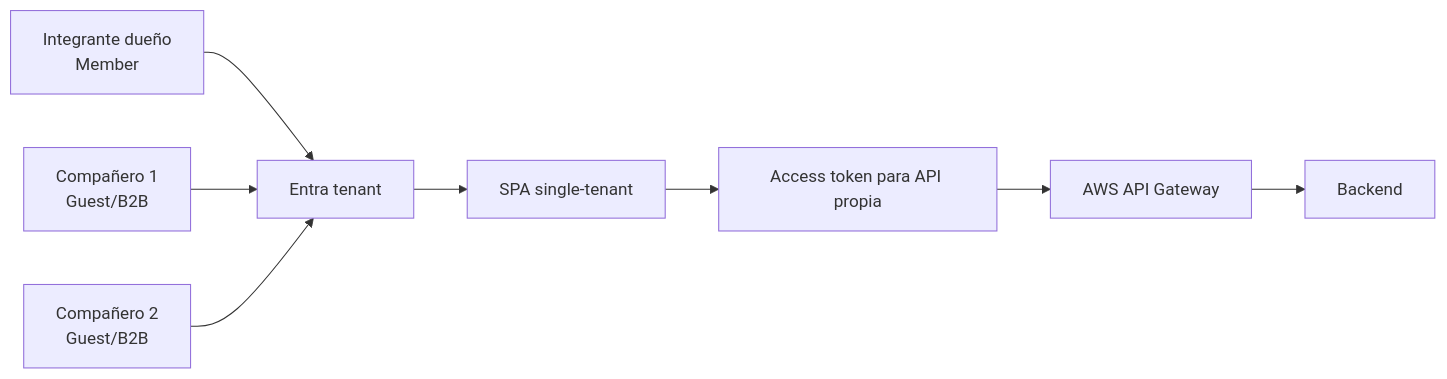
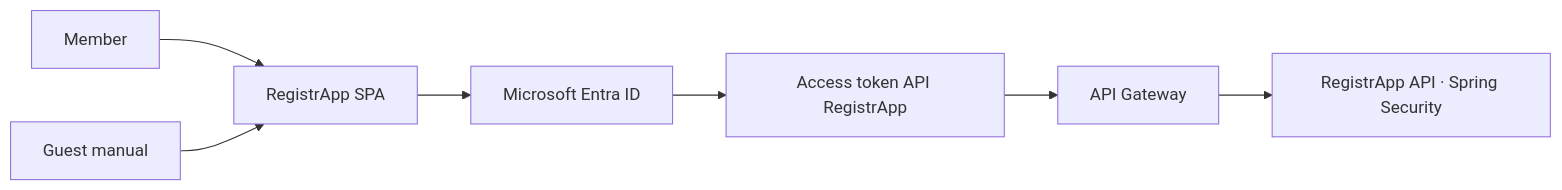
Before and after one commit to cmartinezs/DSY1107-DESARROLLO-CLOUD-NATIVE-I-2026-2: the second of 3 diagrams in proyecto-formativo/semana-04/README.md, drawn with Mermaid. The commit also changed other lines of this file, not shown here.

````diff
--- a/proyecto-formativo/semana-04/README.md
+++ b/proyecto-formativo/semana-04/README.md
@@ -24,10 +44,9 @@
 ```mermaid
 flowchart LR
-    OWNER[Integrante dueño\nMember] --> TENANT[Entra tenant]
-    G1[Compañero 1\nGuest/B2B] --> TENANT
-    G2[Compañero 2\nGuest/B2B] --> TENANT
-    TENANT --> SPA[SPA single-tenant]
-    SPA --> TOKEN[Access token para API propia]
-    TOKEN --> GW[AWS API Gateway]
-    GW --> API[Backend]
+    MEMBER[Member] --> SPA[RegistrApp SPA]
+    GUEST[Guest manual] --> SPA
+    SPA --> ENTRA[Microsoft Entra ID]
+    ENTRA --> TOKEN[Access token API RegistrApp]
+    TOKEN --> GW[API Gateway]
+    GW --> API[RegistrApp API · Spring Security]
 ```
````
